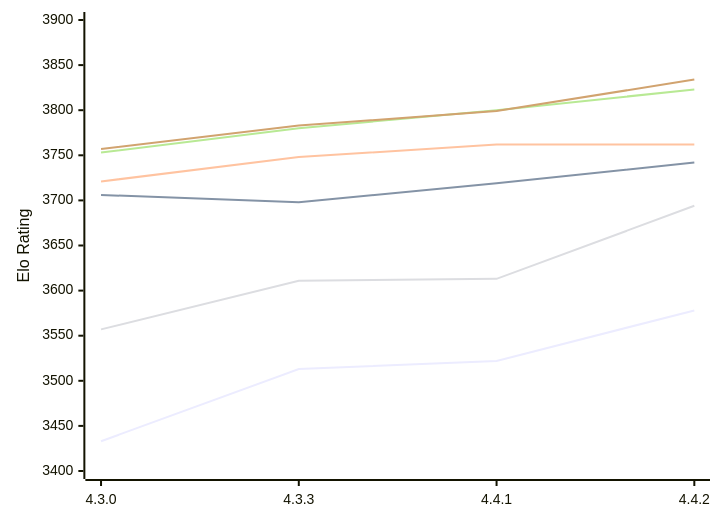
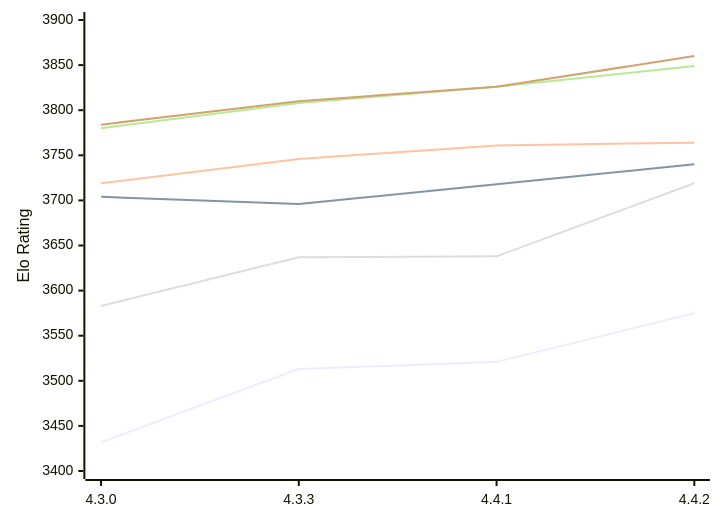
Before and after one commit to computer-chess-index/cci: the first of 2 diagrams in engines/Gaia.md, drawn with Mermaid. The commit also changed other lines of this file, not shown here.

Commit message:
Update CCI Ratings (ELO VLTC) - 2026-11-04

````diff
--- a/engines/Gaia.md
+++ b/engines/Gaia.md
@@ -59,12 +59,12 @@
 ```mermaid
 %%{init: {"theme":"base","themeVariables":{"seriesColors:['#a3a3a3','#222221','#faa371']}}}%%
 xychart-beta
   x-axis ["4.3.0", "4.3.3", "4.4.1", "4.4.2"]
   y-axis "Elo Rating" 3400 --> 3900
-  line "E1: STC (8.0+0.08s)" [3433, 3513, 3522, 3578]
-  line "E1: LTC (60.0+0.60s)" [3706, 3698, 3719, 3742]
-  line "E1: VLTC (2m24s+1.12s)" [3721, 3748, 3762, 3762]
-  line "P1: STC (8.0+0.08s)" [3557, 3611, 3613, 3694]
-  line "P1: LTC (60.0+0.60s)" [3753, 3780, 3800, 3823]
-  line "P1: VLTC (2m24s+1.12s)" [3757, 3783, 3799, 3834]
+  line "E1: STC (8.0+0.08s)" [3432, 3513, 3521, 3575]
+  line "E1: LTC (60.0+0.60s)" [3704, 3696, 3718, 3740]
+  line "E1: VLTC (2m24s+1.12s)" [3719, 3746, 3761, 3764]
+  line "P1: STC (8.0+0.08s)" [3583, 3637, 3638, 3719]
+  line "P1: LTC (60.0+0.60s)" [3780, 3808, 3826, 3849]
+  line "P1: VLTC (2m24s+1.12s)" [3784, 3810, 3826, 3860]
 ```
````
